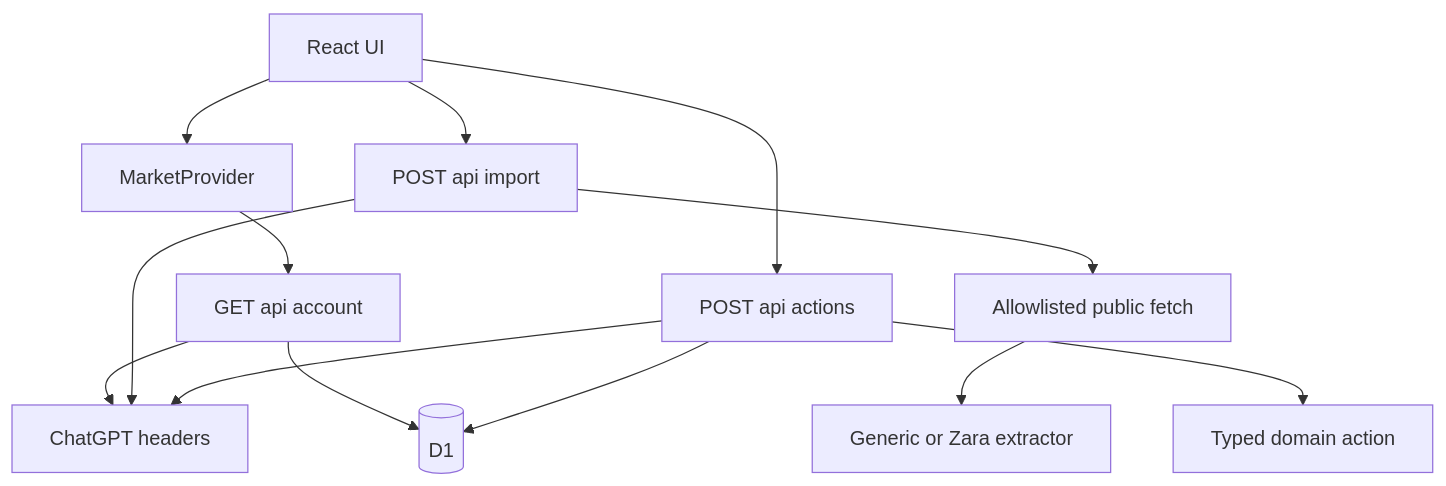
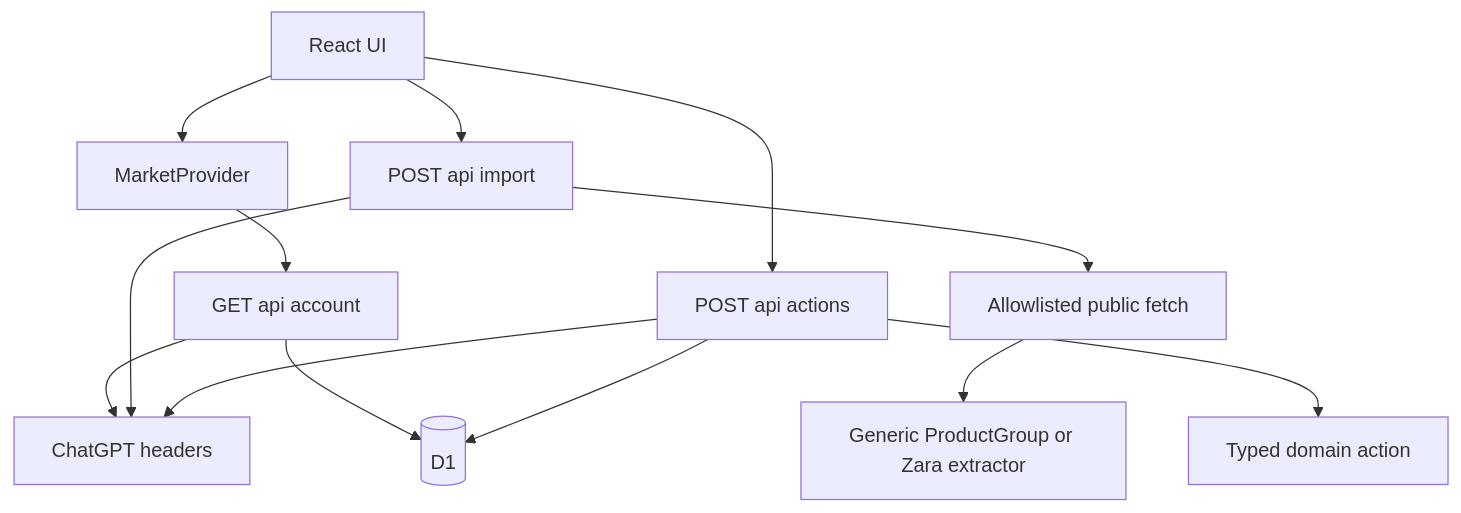
One commit to iskhakovzak/atlas changed the diagram in ARCHITECTURE.md. Above: the diagram before and after it, drawn with Mermaid. The commit also changed other lines of this file and 16 other files, not shown here.

```diff
--- a/ARCHITECTURE.md
+++ b/ARCHITECTURE.md
@@ -36,15 +36,15 @@
 ~~~mermaid
 flowchart TD
   UI[React UI] --> Provider[MarketProvider]
   Provider --> Account[GET api account]
   UI --> Import[POST api import]
   UI --> Actions[POST api actions]
   Account --> Auth[ChatGPT headers]
   Import --> Auth
   Actions --> Auth
   Import --> Fetch[Allowlisted public fetch]
-  Fetch --> Parse[Generic or Zara extractor]
+  Fetch --> Parse[Generic ProductGroup or Zara extractor]
   Actions --> Domain[Typed domain action]
   Account --> D1[(D1)]
   Actions --> D1
 ~~~
```
